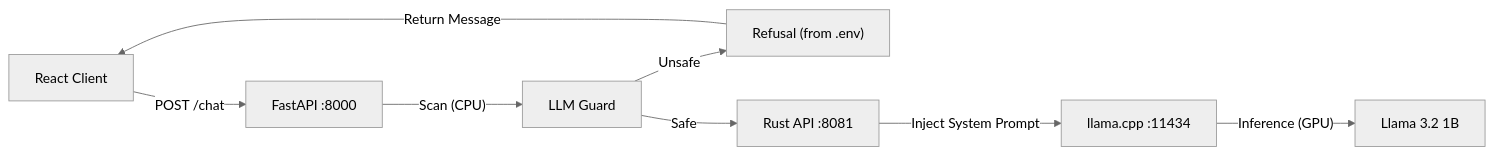
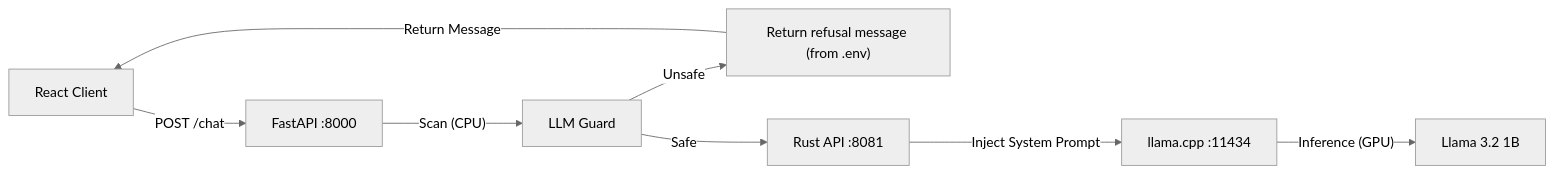
One commit to J-Code-Sigma/llama3.2-i74790-gtx960-cuda-fastapi-rust-chat changed the diagram in README.md. Above: the diagram before and after it, drawn with Mermaid (neutral theme).

Commit message:
readme update fork again

````diff
--- a/README.md
+++ b/README.md
@@ -20,12 +20,12 @@
 ```mermaid
 graph LR
     Client["React Client"] -->|"POST /chat"| FastAPI["FastAPI :8000"]
     FastAPI -->|"Scan (CPU)"| Scanners["LLM Guard"]
     
-    Scanners -->|"Unsafe"| Block["Refusal (from .env)"]
+    Scanners -->|"Unsafe"| Block["Return refusal message (from .env)"]
     Block -->|"Return Message"| Client
     
     Scanners -->|"Safe"| RustAPI["Rust API :8081"]
     RustAPI -->|"Inject System Prompt"| LlamaCPP["llama.cpp :11434"]
     LlamaCPP -->|"Inference (GPU)"| Model["Llama 3.2 1B"]
 ```
````
